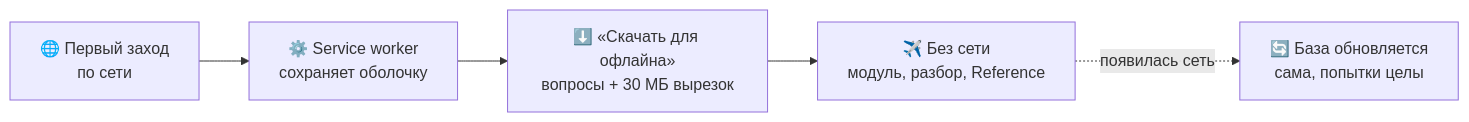
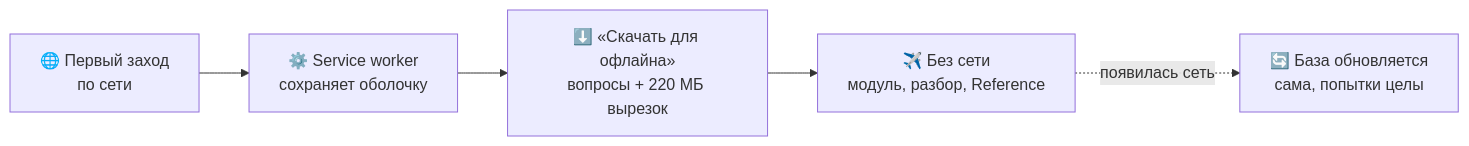
The third of 3 diagrams in README.md (DoshiCkk/SAT-Trainer), drawn with Mermaid before and after one commit. The commit also changed other lines of this file and 19 other files, not shown here.

````diff
--- a/README.md
+++ b/README.md
@@ -200,7 +255,7 @@
 ```mermaid
 flowchart LR
     A["🌐 Первый заход<br/>по сети"] --> B["⚙️ Service worker<br/>сохраняет оболочку"]
-    B --> C["⬇️ «Скачать для офлайна»<br/>вопросы + 30 МБ вырезок"]
+    B --> C["⬇️ «Скачать для офлайна»<br/>вопросы + 220 МБ вырезок"]
     C --> D["✈️ Без сети<br/>модуль, разбор, Reference"]
     D -.->|"появилась сеть"| E["🔄 База обновляется<br/>сама, попытки целы"]
 ```
````
